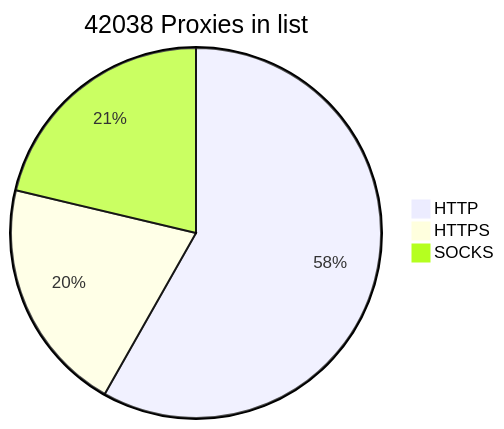
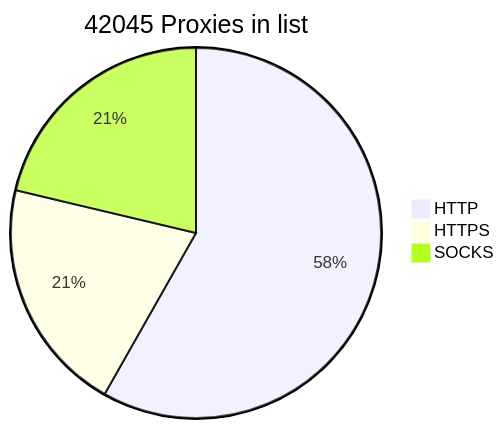
The diagram in README.md (BlackSnowDot/proxylist-update-every-minute), drawn with Mermaid before and after one commit. The commit also changed other lines of this file, not shown here.

````diff
--- a/README.md
+++ b/README.md
@@ -2,6 +2,6 @@
 ```mermaid
-pie title 42038 Proxies in list
-    "HTTP" : 28346
-    "HTTPS": 9983
+pie title 42045 Proxies in list
+    "HTTP" : 28354
+    "HTTPS": 9987
     "SOCKS" : 10370
 ```
````
